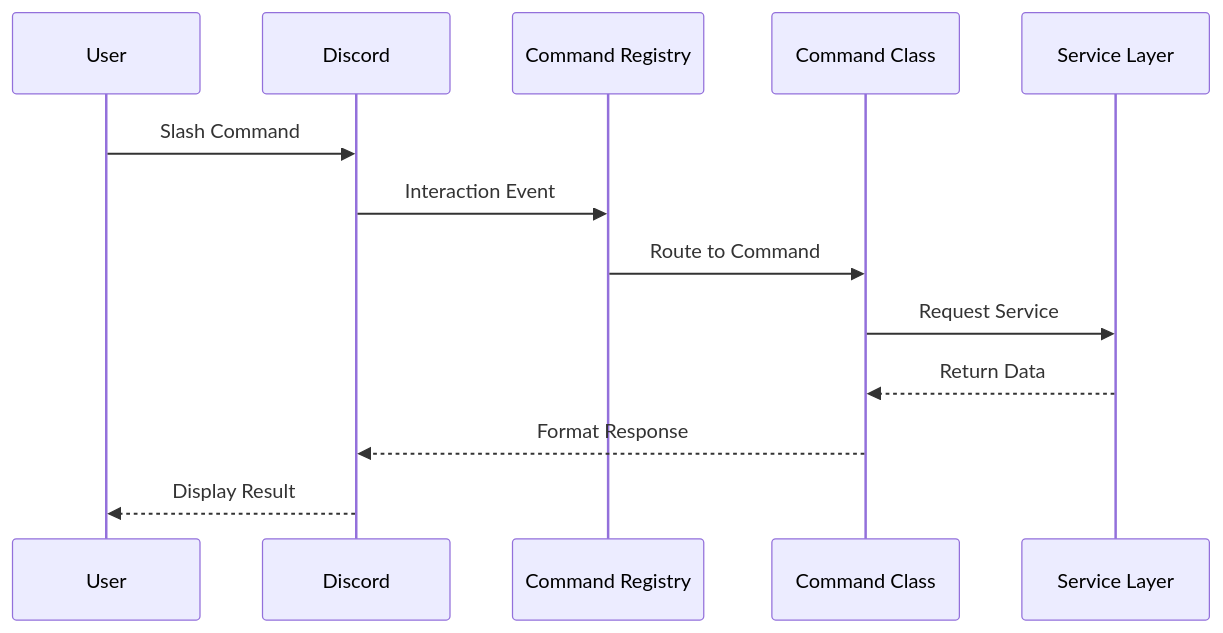
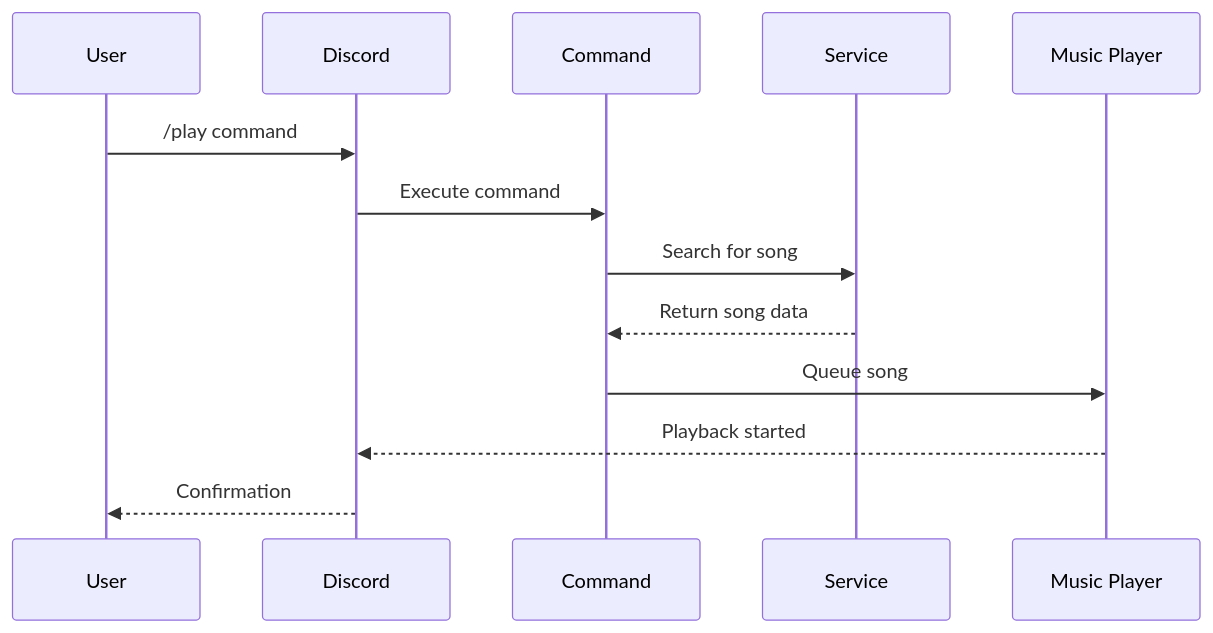
Before and after one commit to baguilartech/AMBER: the second of 3 diagrams in wiki/Development/Architecture.md, drawn with Mermaid. The commit also changed other lines of this file and 12 other files, not shown here.

````diff
--- a/wiki/Development/Architecture.md
+++ b/wiki/Development/Architecture.md
@@ -181,16 +152,16 @@
 ```mermaid
 sequenceDiagram
     participant U as User
     participant D as Discord
-    participant CR as Command Registry
-    participant C as Command Class
-    participant S as Service Layer
+    participant C as Command
+    participant S as Service
+    participant M as Music Player
     
-    U->>D: Slash Command
-    D->>CR: Interaction Event
-    CR->>C: Route to Command
-    C->>S: Request Service
-    S-->>C: Return Data
-    C-->>D: Format Response
-    D-->>U: Display Result
+    U->>D: /play command
+    D->>C: Execute command
+    C->>S: Search for song
+    S-->>C: Return song data
+    C->>M: Queue song
+    M-->>D: Playback started
+    D-->>U: Confirmation
 ```
````
